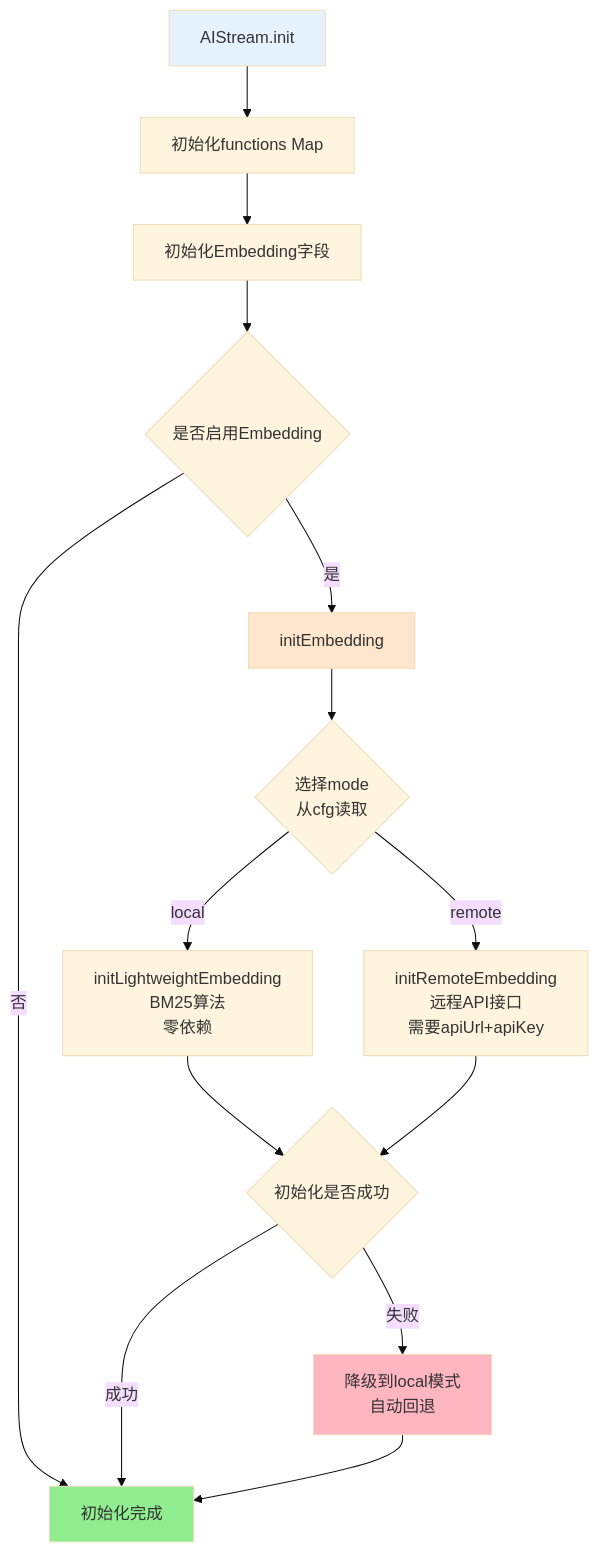
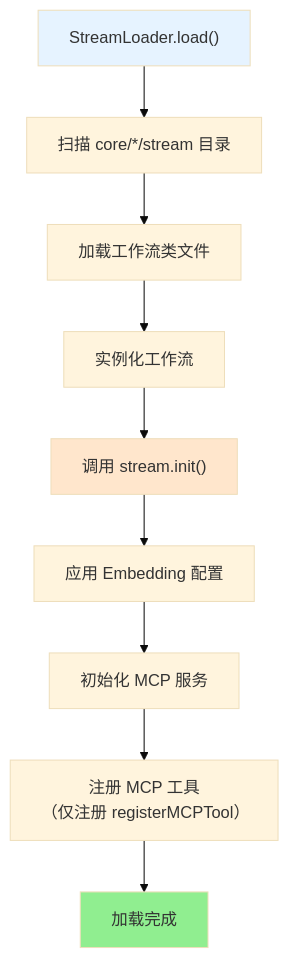
Before and after one commit to sunflowermm/XRK-AGT: the second of 5 diagrams in docs/aistream.md, drawn with Mermaid (base theme). The commit also changed other lines of this file and 64 other files, not shown here.

````diff
--- a/docs/aistream.md
+++ b/docs/aistream.md
@@ -222,21 +229,15 @@
 ```mermaid
 flowchart TB
-    A["AIStream.init"] --> B["初始化functions Map"]
-    B --> C["初始化Embedding字段"]
-    C --> D{"是否启用Embedding"}
-    D -->|是| E["initEmbedding"]
-    D -->|否| F["初始化完成"]
-    E --> G{"选择mode<br/>从cfg读取"}
-    G -->|local| H["initLightweightEmbedding<br/>BM25算法<br/>零依赖"]
-    G -->|remote| I["initRemoteEmbedding<br/>远程API接口<br/>需要apiUrl+apiKey"]
-    H --> J{"初始化是否成功"}
-    I --> J
-    J -->|失败| K["降级到local模式<br/>自动回退"]
-    J -->|成功| F
-    K --> F
+    A["StreamLoader.load()"] --> B["扫描 core/*/stream 目录"]
+    B --> C["加载工作流类文件"]
+    C --> D["实例化工作流"]
+    D --> E["调用 stream.init()"]
+    E --> F["应用 Embedding 配置"]
+    F --> G["初始化 MCP 服务"]
+    G --> H["注册 MCP 工具<br/>（仅注册 registerMCPTool）"]
+    H --> I["加载完成"]
     
     style A fill:#E6F3FF
     style E fill:#FFE6CC
-    style F fill:#90EE90
-    style K fill:#FFB6C1
+    style I fill:#90EE90
 ```
````
